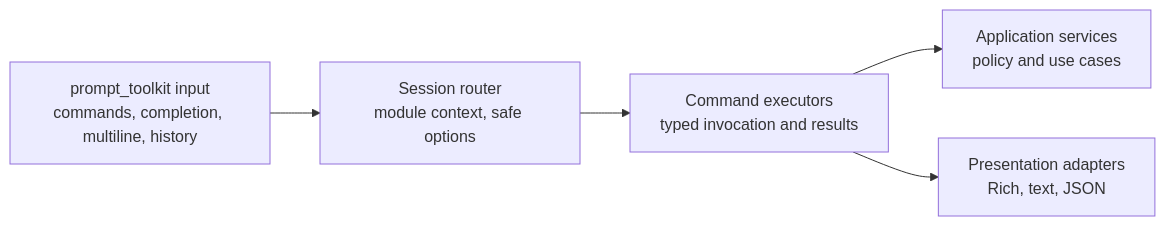
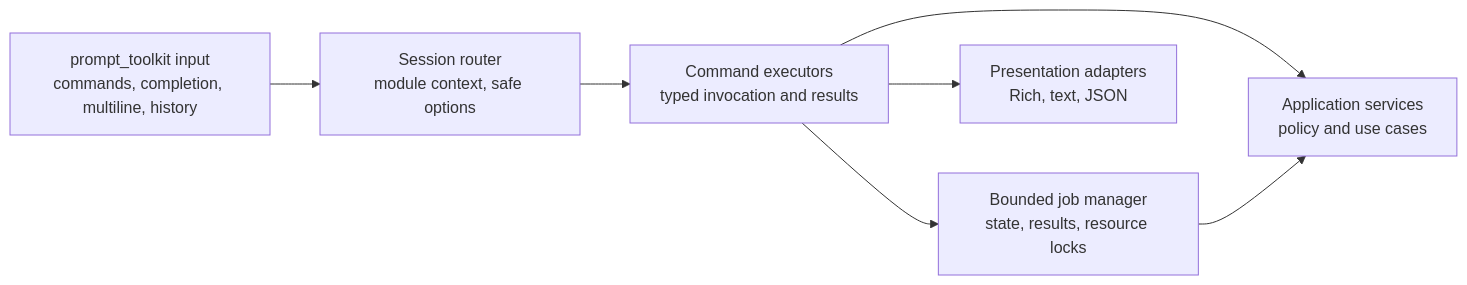
The diagram in docs/REPL_ARCHITECTURE.md (sodejm/AncestryLLM), drawn with Mermaid before and after one commit. The commit also changed other lines of this file and 8 other files, not shown here.

First line of the commit message:
Add the background job manager for issue #51.

````diff
--- a/docs/REPL_ARCHITECTURE.md
+++ b/docs/REPL_ARCHITECTURE.md
@@ -25,10 +24,12 @@
 ```mermaid
 flowchart LR
     Input["prompt_toolkit input\ncommands, completion, multiline, history"]
     Router["Session router\nmodule context, safe options"]
     Executor["Command executors\ntyped invocation and results"]
+    Jobs["Bounded job manager\nstate, results, resource locks"]
     Services["Application services\npolicy and use cases"]
     Presentation["Presentation adapters\nRich, text, JSON"]
     Input --> Router --> Executor --> Services
+    Executor --> Jobs --> Services
     Executor --> Presentation
 ```
````
